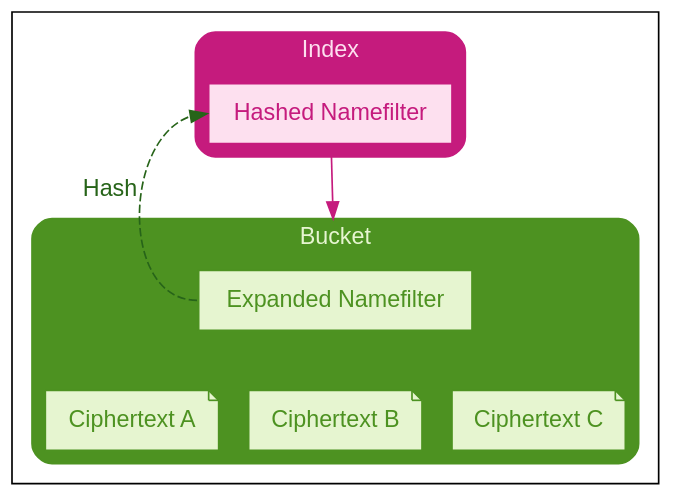
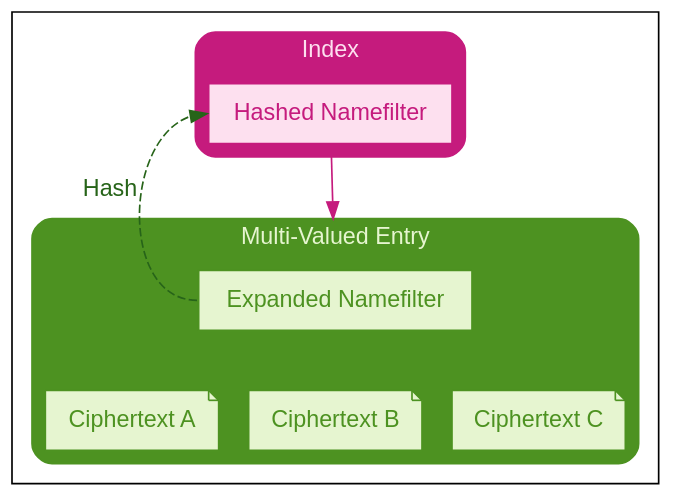
One commit to wnfs-wg/spec changed the diagram in spec/diagrams/hamt_leaves.dot. Above: the diagram before and after it, drawn with Graphviz. The commit also changed 2 other files, not shown here.

```diff
--- a/spec/diagrams/hamt_leaves.dot
+++ b/spec/diagrams/hamt_leaves.dot
@@ -1,76 +1,76 @@
 digraph G {
     #########
     # SETUP #
     #########
 
     compound = true
     fontname = "Helvetica"
 
     edge [
         colorscheme = "piyg11"
         fontname = "Helvetica"
     ];
 
     node [
         shape = box
         colorscheme = "piyg11"
         style = filled
         fillcolor = 7
         fontname = "Helvetica"
         color=10
         fontcolor=10
     ];
 
     graph [
         colorscheme = "piyg11"
         color = 10
         style = "rounded,filled"
         fontcolor=7
     ];
 
     ############
     # CLUSTERS #
     ############
 
     subgraph cluster_index {
         label = "Index"
 
         color = 2
         fillcolor = 2
         fontcolor = 5
 
         hashed_namefilter [
             label = "Hashed Namefilter"
 
             color = 2
             fillcolor = 5
             fontcolor = 2
         ]
     }
 
-    subgraph cluster_bucket {
-        label = "Bucket"
+    subgraph cluster_multientry {
+        label = "Multi-Valued Entry"
 
         expanded_namefilter [label = "Expanded Namefilter"]
 
         ciphertext_a [label = "Ciphertext A" shape = note]
         ciphertext_b [label = "Ciphertext B" shape = note]
         ciphertext_c [label = "Ciphertext C" shape = note]
 
         expanded_namefilter -> { ciphertext_a ciphertext_b ciphertext_c } [style = invis]
     }
 
     hashed_namefilter -> expanded_namefilter [
         ltail = cluster_index
-        lhead = cluster_bucket
+        lhead = cluster_multientry
         minlen = 2
         color = 2
     ]
 
     expanded_namefilter:w -> hashed_namefilter:w [
         xlabel = "Hash"
         fontcolor = 11
         color = 11
         style = dashed
     ]
 }
```
